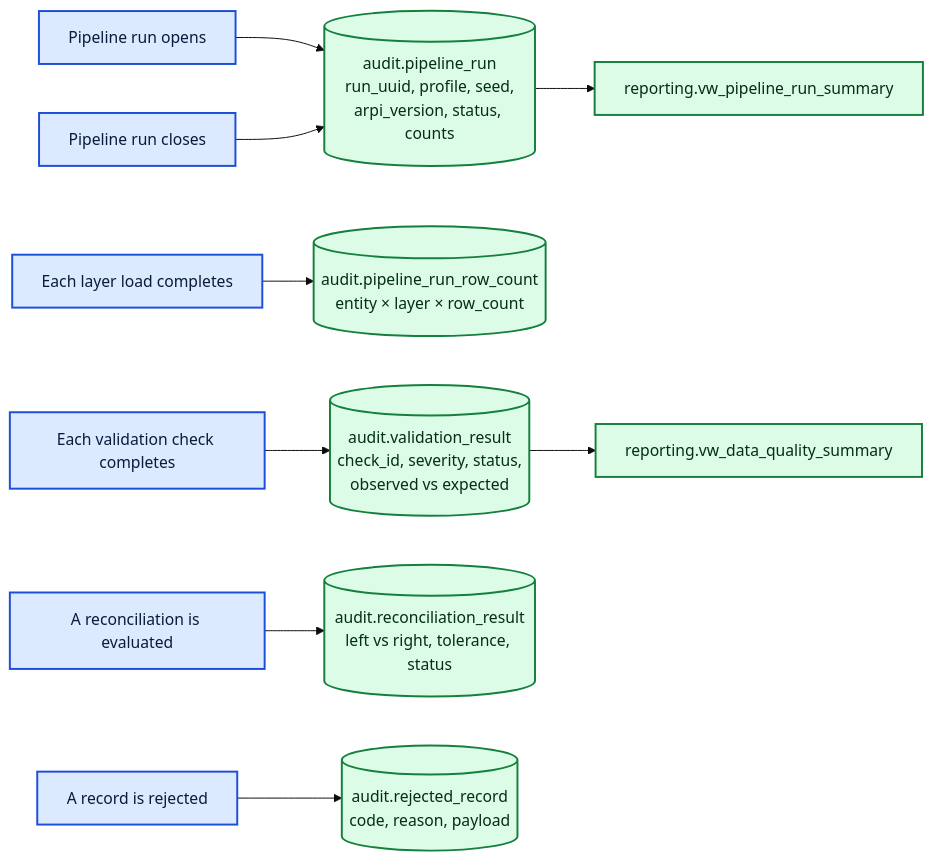
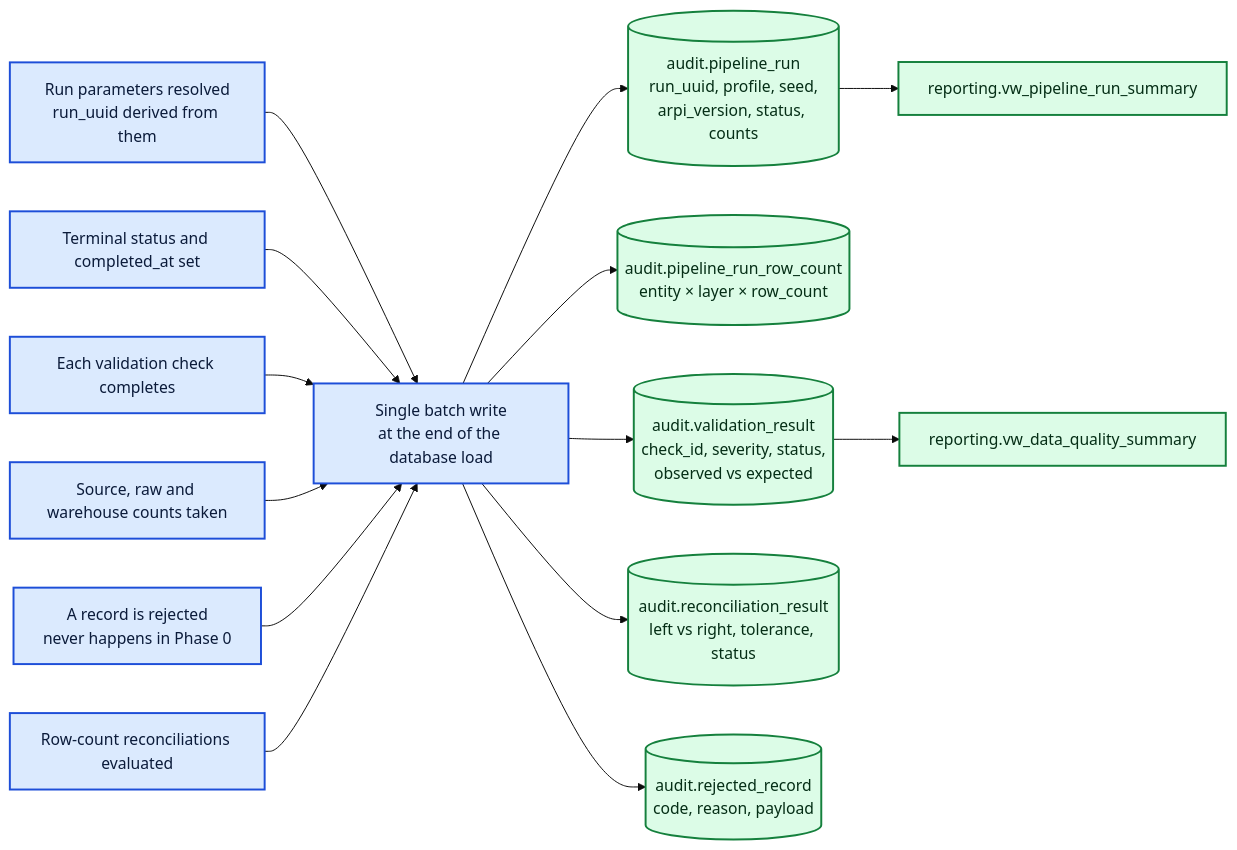
Before and after one commit to mpalmer79/Automotive-Retail-Performance-Intelligence: the second of 2 diagrams in docs/diagrams/02-phase-0-data-flow.md, drawn with Mermaid (base theme). The commit also changed other lines of this file and 12 other files, not shown here.

````diff
--- a/docs/diagrams/02-phase-0-data-flow.md
+++ b/docs/diagrams/02-phase-0-data-flow.md
@@ -105,30 +137,38 @@
 ```mermaid
 flowchart LR
-    RUNSTART["Pipeline run opens"]
+    RUNSTART["Run parameters resolved<br/>run_uuid derived from them"]
     CHECKS["Each validation check completes"]
-    LAYERS["Each layer load completes"]
-    REJECTS["A record is rejected"]
-    RECON["A reconciliation is evaluated"]
-    RUNEND["Pipeline run closes"]
+    LAYERS["Source, raw and warehouse counts taken"]
+    REJECTS["A record is rejected<br/>never happens in Phase 0"]
+    RECON["Row-count reconciliations evaluated"]
+    RUNEND["Terminal status and completed_at set"]
+
+    BATCH["Single batch write<br/>at the end of the database load"]
 
     PR[("audit.pipeline_run<br/>run_uuid, profile, seed,<br/>arpi_version, status, counts")]
     RC[("audit.pipeline_run_row_count<br/>entity × layer × row_count")]
     VR[("audit.validation_result<br/>check_id, severity, status,<br/>observed vs expected")]
     RR[("audit.reconciliation_result<br/>left vs right, tolerance, status")]
     XR[("audit.rejected_record<br/>code, reason, payload")]
 
-    RUNSTART --> PR
-    RUNEND --> PR
-    CHECKS --> VR
-    LAYERS --> RC
-    REJECTS --> XR
-    RECON --> RR
+    RUNSTART --> BATCH
+    RUNEND --> BATCH
+    CHECKS --> BATCH
+    LAYERS --> BATCH
+    REJECTS --> BATCH
+    RECON --> BATCH
+
+    BATCH --> PR
+    BATCH --> RC
+    BATCH --> VR
+    BATCH --> RR
+    BATCH --> XR
 
     PR --> SUMMARY["reporting.vw_pipeline_run_summary"]
     VR --> DQ["reporting.vw_data_quality_summary"]
 
     classDef step fill:#dbeafe,stroke:#1d4ed8,stroke-width:2px,color:#0b1b3a
     classDef store fill:#dcfce7,stroke:#15803d,stroke-width:2px,color:#052e16
-    class RUNSTART,CHECKS,LAYERS,REJECTS,RECON,RUNEND step
+    class RUNSTART,CHECKS,LAYERS,REJECTS,RECON,RUNEND,BATCH step
     class PR,RC,VR,RR,XR,SUMMARY,DQ store
 ```
````
